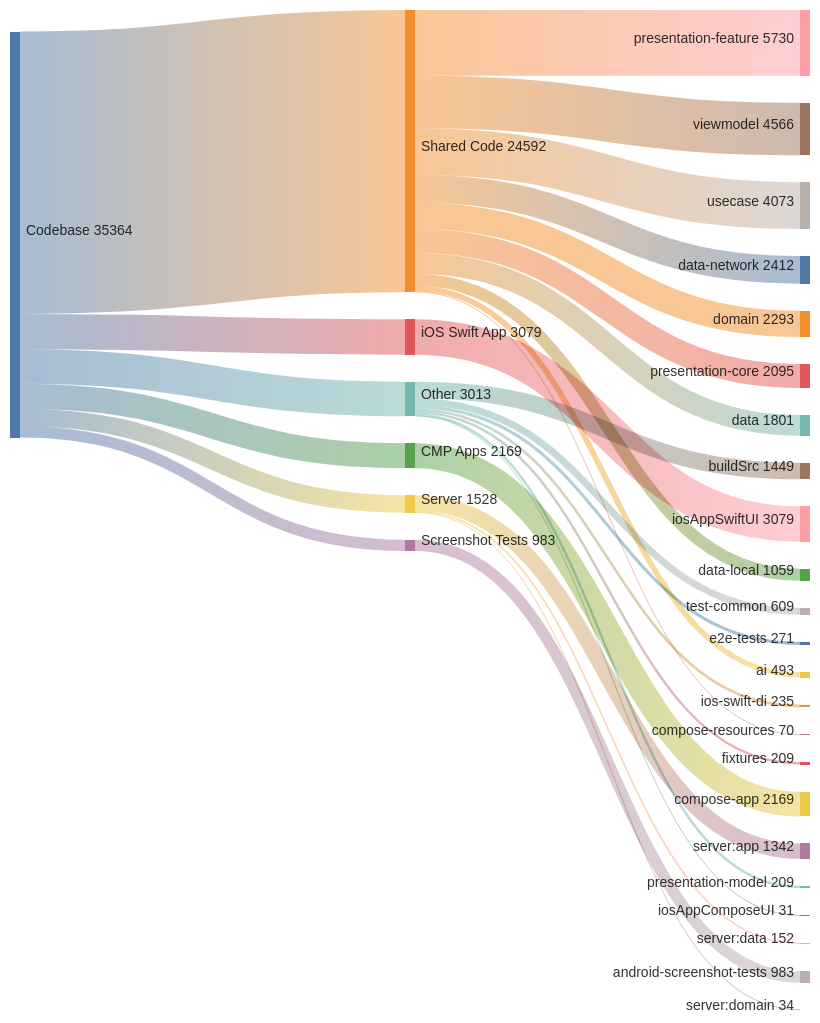
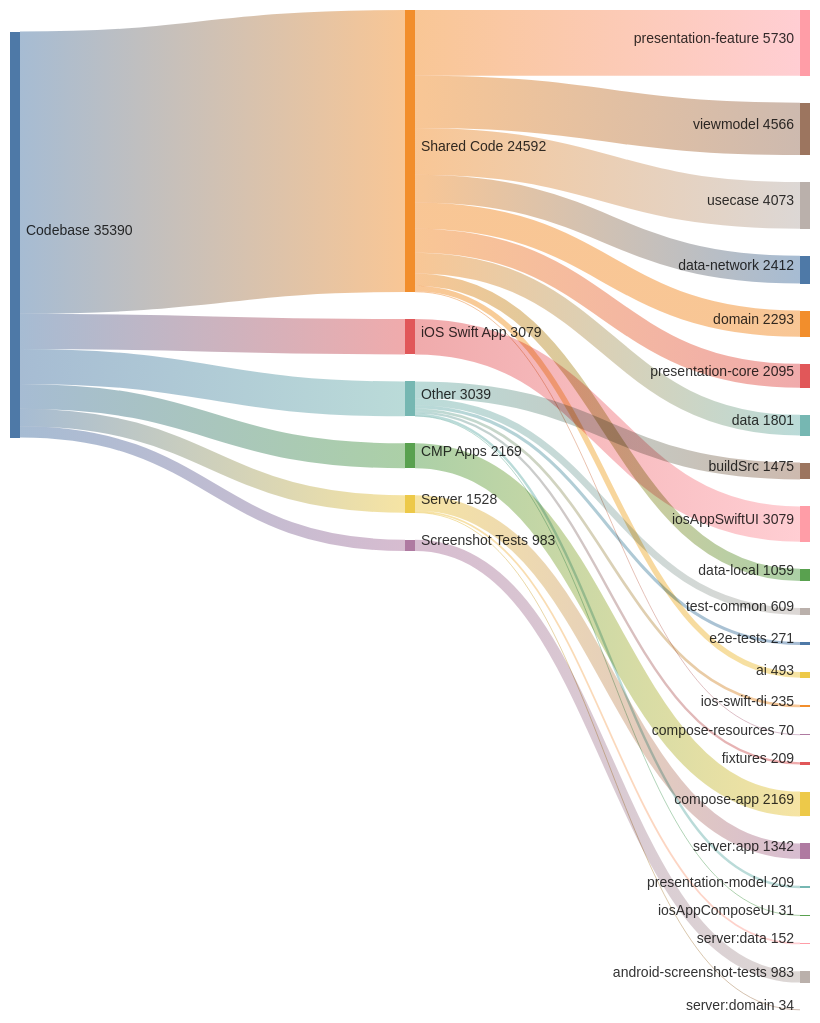
Before and after one commit to cartland/battery-butler: the diagram in docs/CODE_ANALYSIS.md, drawn with Mermaid. The commit also changed other lines of this file and 5 other files, not shown here.

````diff
--- a/docs/CODE_ANALYSIS.md
+++ b/docs/CODE_ANALYSIS.md
@@ -41,49 +42,48 @@
 ```mermaid
 ---
 config:
   sankey:
     showValues: true
     width: 800
     height: 1000
     nodeAlignment: justify
     linkColor: gradient
 ---
 sankey-beta
 
 Codebase,Shared Code,24592
 Codebase,iOS Swift App,3079
-Codebase,Other,3013
+Codebase,Other,3039
 Codebase,CMP Apps,2169
 Codebase,Server,1528
 Codebase,Screenshot Tests,983
 
 Shared Code,presentation-feature,5730
 Shared Code,viewmodel,4566
 Shared Code,usecase,4073
 Shared Code,data-network,2412
 Shared Code,domain,2293
 Shared Code,presentation-core,2095
 Shared Code,data,1801
 Shared Code,data-local,1059
 Shared Code,ai,493
 Shared Code,compose-resources,70
 
 iOS Swift App,iosAppSwiftUI,3079
 
-Other,buildSrc,1449
+Other,buildSrc,1475
 Other,test-common,609
 Other,e2e-tests,271
 Other,ios-swift-di,235
 Other,fixtures,209
 Other,presentation-model,209
 Other,iosAppComposeUI,31
 
 CMP Apps,compose-app,2169
 
 Server,server:app,1342
 Server,server:data,152
 Server,server:domain,34
 
 Screenshot Tests,android-screenshot-tests,983
-
 ```
````
